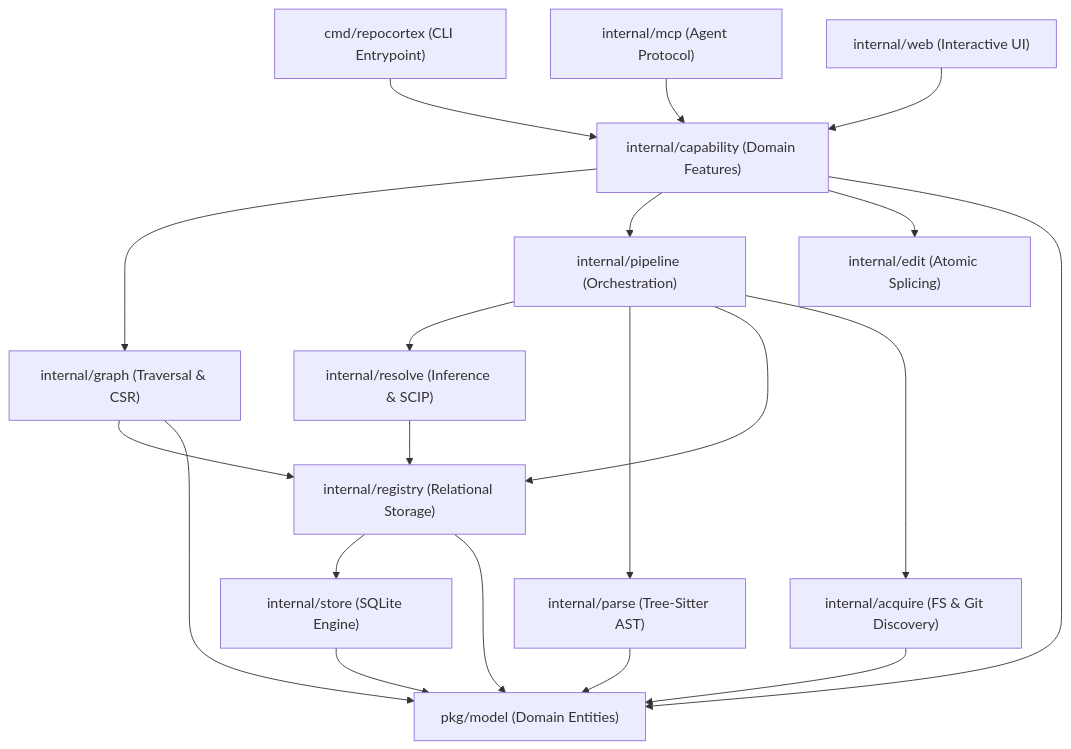
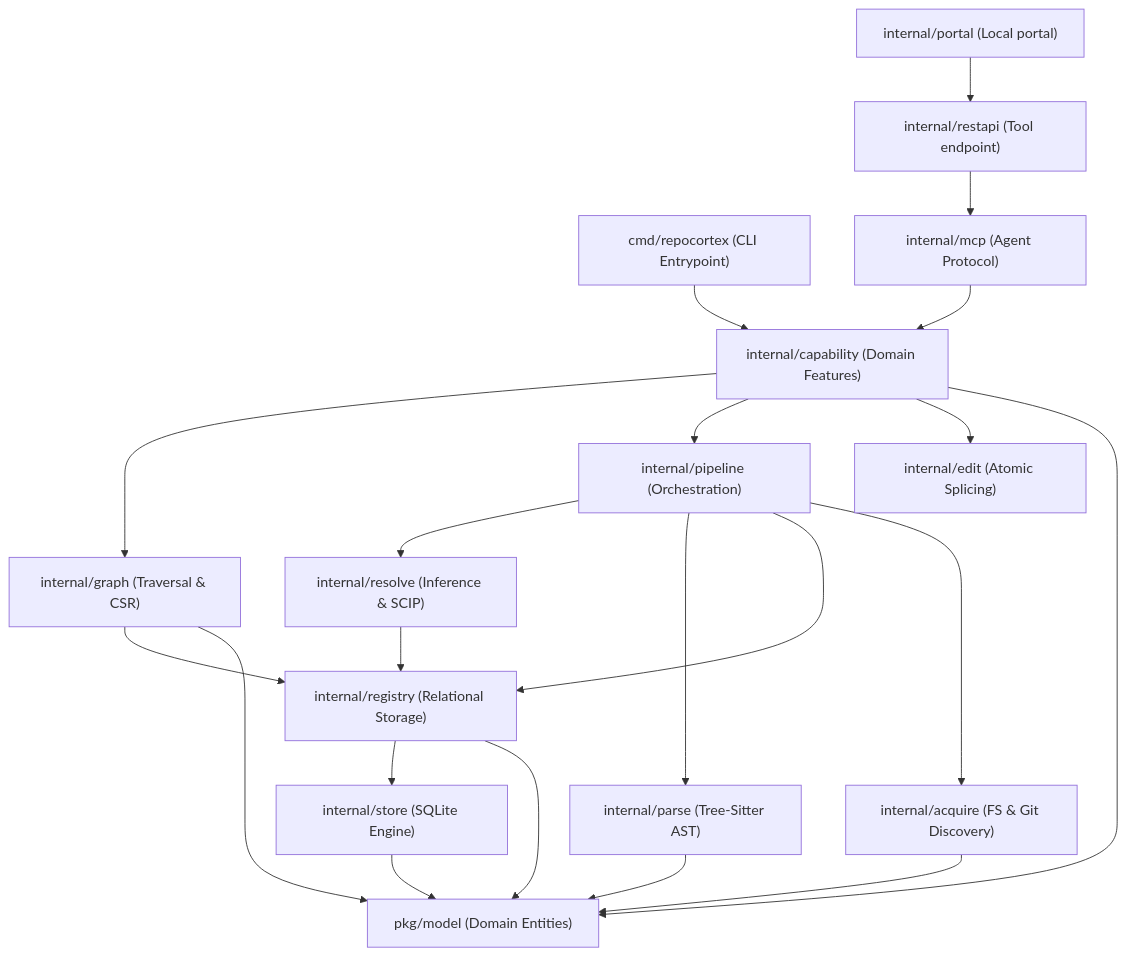
The diagram in docs/DESIGN_AND_ARCHITECTURE.md (satyendrakumarsingh/repocortex), drawn with Mermaid before and after one commit. The commit also changed other lines of this file and 168 other files, not shown here.

````diff
--- a/docs/DESIGN_AND_ARCHITECTURE.md
+++ b/docs/DESIGN_AND_ARCHITECTURE.md
@@ -39,26 +39,27 @@
 ```mermaid
 graph TD
     CLI["cmd/repocortex (CLI Entrypoint)"] --> Cap["internal/capability (Domain Features)"]
     MCP["internal/mcp (Agent Protocol)"] --> Cap
-    Web["internal/web (Interactive UI)"] --> Cap
+    Portal["internal/portal (Local portal)"] --> Rest["internal/restapi (Tool endpoint)"]
+    Rest --> MCP
     
     Cap --> Graph["internal/graph (Traversal & CSR)"]
     Cap --> Pipe["internal/pipeline (Orchestration)"]
     Cap --> Edit["internal/edit (Atomic Splicing)"]
     
     Pipe --> Resolve["internal/resolve (Inference & SCIP)"]
     Pipe --> Parse["internal/parse (Tree-Sitter AST)"]
     Pipe --> Reg["internal/registry (Relational Storage)"]
     Pipe --> Acq["internal/acquire (FS & Git Discovery)"]
     
     Resolve --> Reg
     Graph --> Reg
     Reg --> Store["internal/store (SQLite Engine)"]
     
     Store --> Model["pkg/model (Domain Entities)"]
     Acq --> Model
     Parse --> Model
     Reg --> Model
     Graph --> Model
     Cap --> Model
 ```
````
